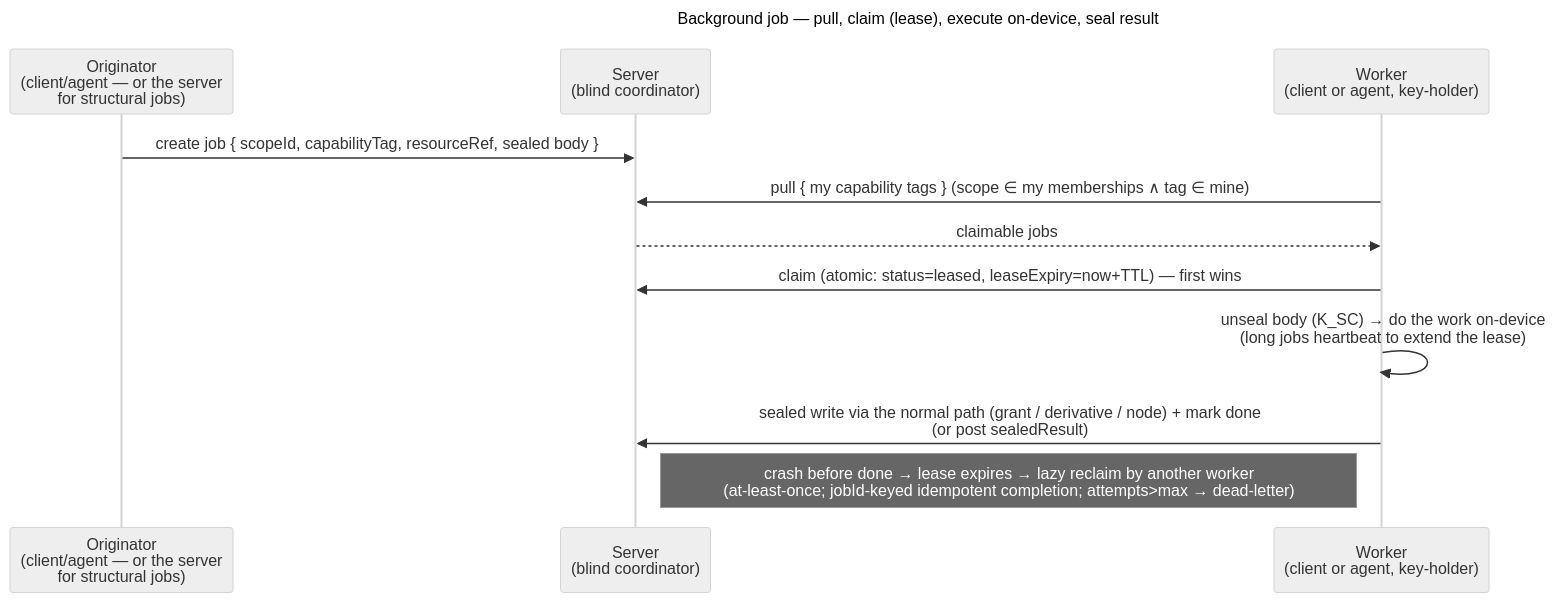
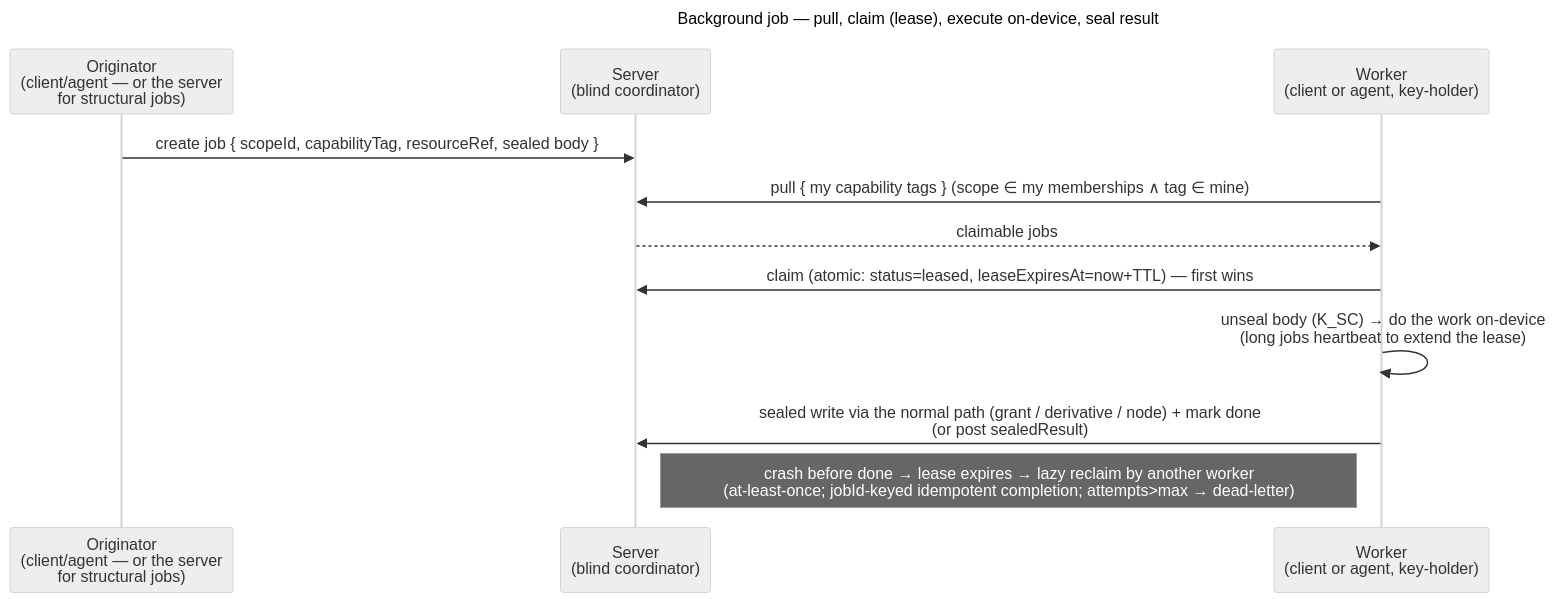
The diagram in docs/crosscutting/background-tasks.md (raddatzk/veyq), drawn with Mermaid (neutral theme) before and after one commit. The commit also changed other lines of this file and 61 other files, not shown here.

````diff
--- a/docs/crosscutting/background-tasks.md
+++ b/docs/crosscutting/background-tasks.md
@@ -33,16 +33,16 @@
 ```mermaid
 ---
 title: Background job — pull, claim (lease), execute on-device, seal result
 ---
 sequenceDiagram
   participant O as Originator<br>(client/agent — or the server<br>for structural jobs)
   participant S as Server<br>(blind coordinator)
   participant W as Worker<br>(client or agent, key-holder)
   O->>S: create job { scopeId, capabilityTag, resourceRef, sealed body }
   W->>S: pull { my capability tags }  (scope ∈ my memberships ∧ tag ∈ mine)
   S-->>W: claimable jobs
-  W->>S: claim (atomic: status=leased, leaseExpiry=now+TTL)  — first wins
+  W->>S: claim (atomic: status=leased, leaseExpiresAt=now+TTL)  — first wins
   W->>W: unseal body (K_SC) → do the work on-device<br>(long jobs heartbeat to extend the lease)
   W->>S: sealed write via the normal path (grant / derivative / node) + mark done<br>(or post sealedResult)
   Note right of S: crash before done → lease expires → lazy reclaim by another worker<br>(at-least-once#59; jobId-keyed idempotent completion#59; attempts>max → dead-letter)
 ```
````
